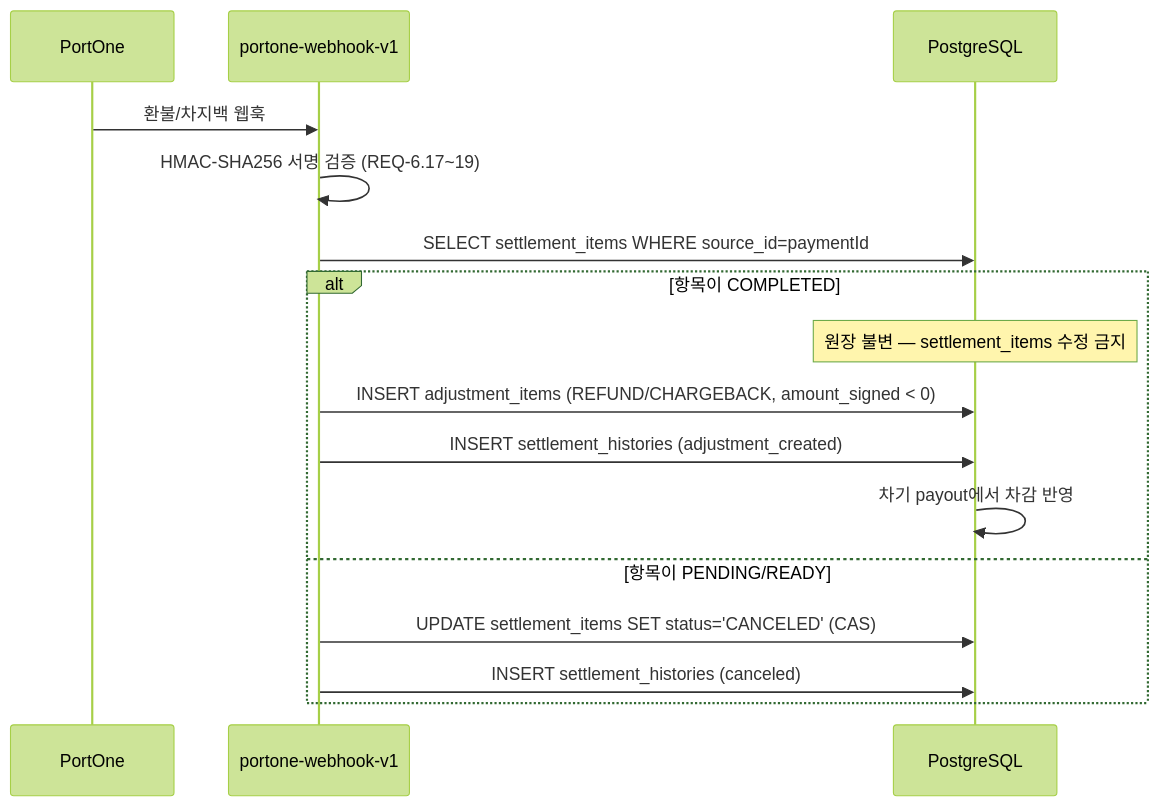
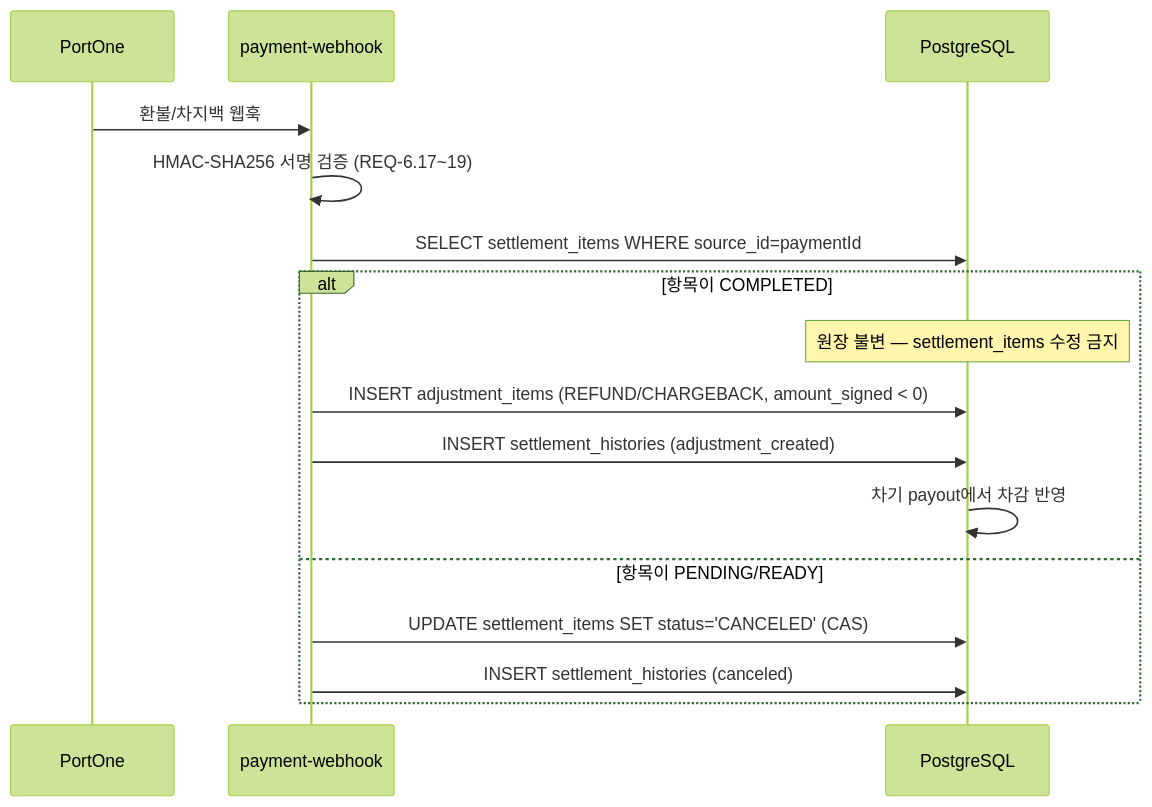
The sixth of 12 diagrams in docs/features/partner-settlement/architecture.md (Mark-Yun/minglit), drawn with Mermaid (forest theme) before and after one commit. The commit also changed other lines of this file and 1 other file, not shown here.

First line of the commit message:
docs(edge-functions): update function names in README and architecture docs

````diff
--- a/docs/features/partner-settlement/architecture.md
+++ b/docs/features/partner-settlement/architecture.md
@@ -219,20 +219,20 @@
 ```mermaid
 sequenceDiagram
     participant PG as PortOne
-    participant WH as portone-webhook-v1
+    participant WH as payment-webhook
     participant DB as PostgreSQL
 
     PG->>WH: 환불/차지백 웹훅
     WH->>WH: HMAC-SHA256 서명 검증 (REQ-6.17~19)
     WH->>DB: SELECT settlement_items WHERE source_id=paymentId
 
     alt 항목이 COMPLETED
         Note over DB: 원장 불변 — settlement_items 수정 금지
         WH->>DB: INSERT adjustment_items (REFUND/CHARGEBACK, amount_signed < 0)
         WH->>DB: INSERT settlement_histories (adjustment_created)
         DB->>DB: 차기 payout에서 차감 반영
     else 항목이 PENDING/READY
         WH->>DB: UPDATE settlement_items SET status='CANCELED' (CAS)
         WH->>DB: INSERT settlement_histories (canceled)
     end
 ```
````
